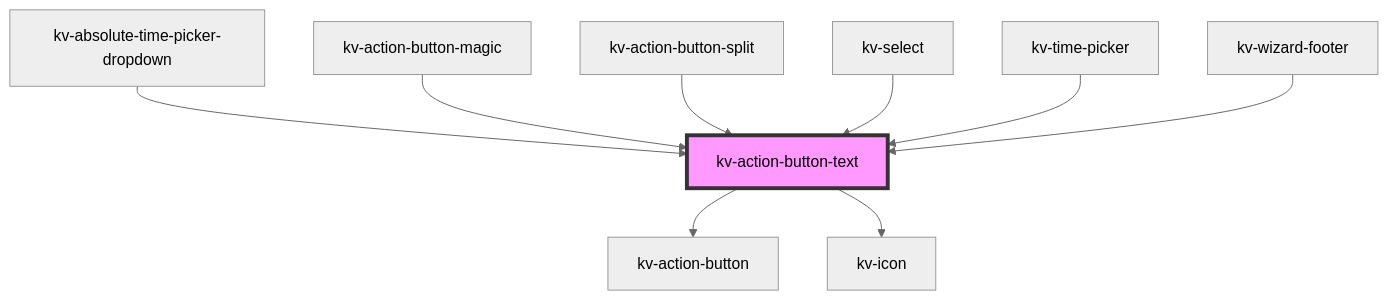
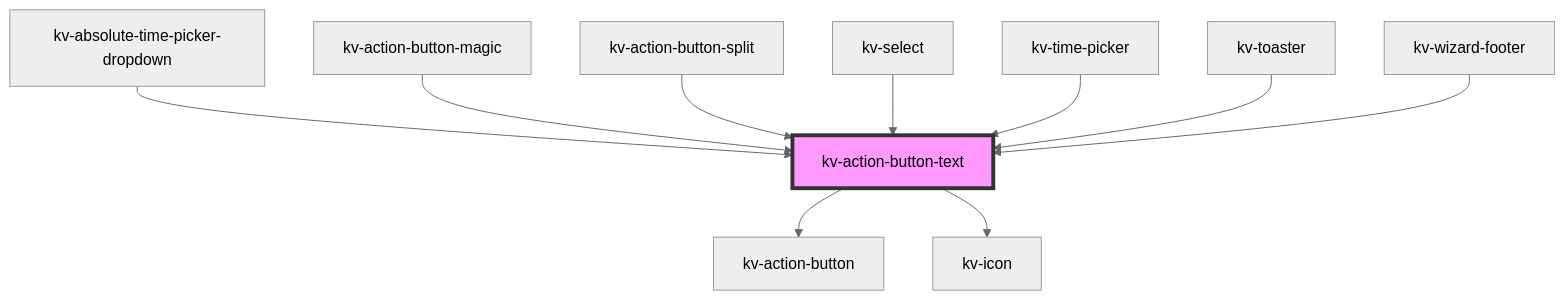
Before and after one commit to kelvininc/ui-components: the diagram in packages/ui-components/src/components/action-button-text/readme.md, drawn with Mermaid (neutral theme). The commit also changed other lines of this file and 10 other files, not shown here.

````diff
--- a/packages/ui-components/src/components/action-button-text/readme.md
+++ b/packages/ui-components/src/components/action-button-text/readme.md
@@ -85,12 +86,13 @@
 ```mermaid
 graph TD;
   kv-action-button-text --> kv-action-button
   kv-action-button-text --> kv-icon
   kv-absolute-time-picker-dropdown --> kv-action-button-text
   kv-action-button-magic --> kv-action-button-text
   kv-action-button-split --> kv-action-button-text
   kv-select --> kv-action-button-text
   kv-time-picker --> kv-action-button-text
+  kv-toaster --> kv-action-button-text
   kv-wizard-footer --> kv-action-button-text
   style kv-action-button-text fill:#f9f,stroke:#333,stroke-width:4px
 ```
````
